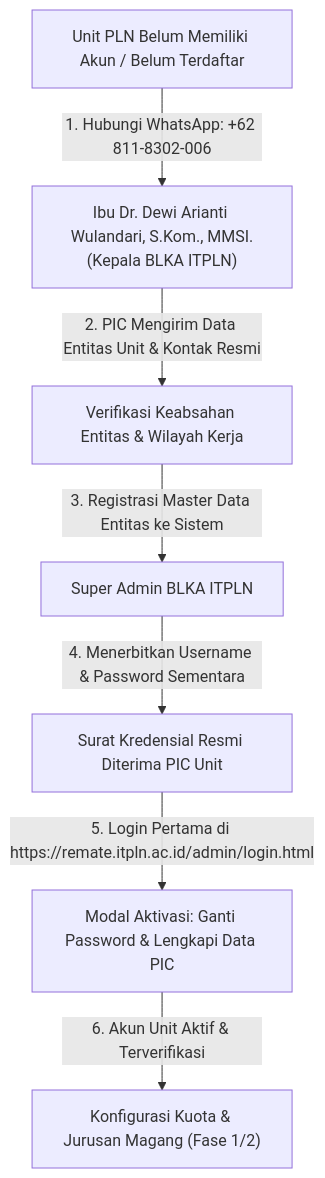
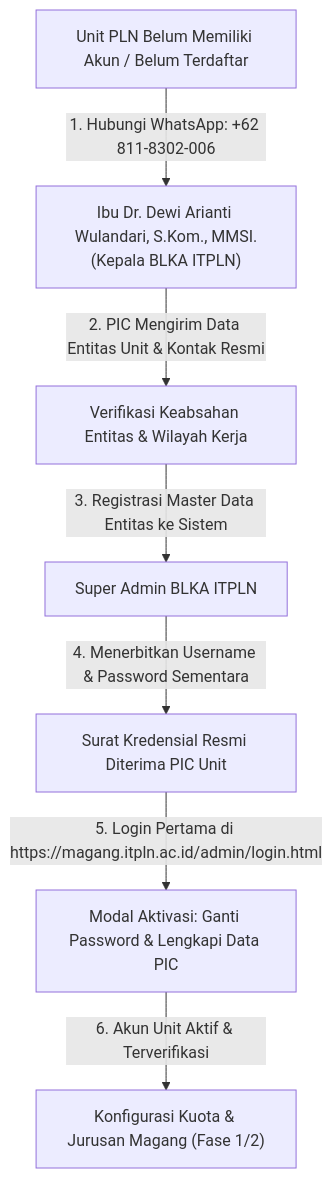
One commit to gaangsarr/magang_blka_v2 changed the diagram in docs/PITCH_DECK_DAN_SOP_PIC_PLN.md. Above: the diagram before and after it, drawn with Mermaid. The commit also changed other lines of this file and 67 other files, not shown here.

````diff
--- a/docs/PITCH_DECK_DAN_SOP_PIC_PLN.md
+++ b/docs/PITCH_DECK_DAN_SOP_PIC_PLN.md
@@ -58,9 +58,9 @@
 ```mermaid
 graph TD
     A["Unit PLN Belum Memiliki Akun / Belum Terdaftar"] -->|"1. Hubungi WhatsApp: +62 811-8302-006"| B["Ibu Dr. Dewi Arianti Wulandari, S.Kom., MMSI.<br/>(Kepala BLKA ITPLN)"]
     B -->|"2. PIC Mengirim Data Entitas Unit & Kontak Resmi"| C["Verifikasi Keabsahan Entitas & Wilayah Kerja"]
     C -->|"3. Registrasi Master Data Entitas ke Sistem"| D["Super Admin BLKA ITPLN"]
     D -->|"4. Menerbitkan Username & Password Sementara"| E["Surat Kredensial Resmi Diterima PIC Unit"]
-    E -->|"5. Login Pertama di https://remate.itpln.ac.id/admin/login.html"| F["Modal Aktivasi: Ganti Password & Lengkapi Data PIC"]
+    E -->|"5. Login Pertama di https://magang.itpln.ac.id/admin/login.html"| F["Modal Aktivasi: Ganti Password & Lengkapi Data PIC"]
     F -->|"6. Akun Unit Aktif & Terverifikasi"| G["Konfigurasi Kuota & Jurusan Magang (Fase 1/2)"]
 ```
````
